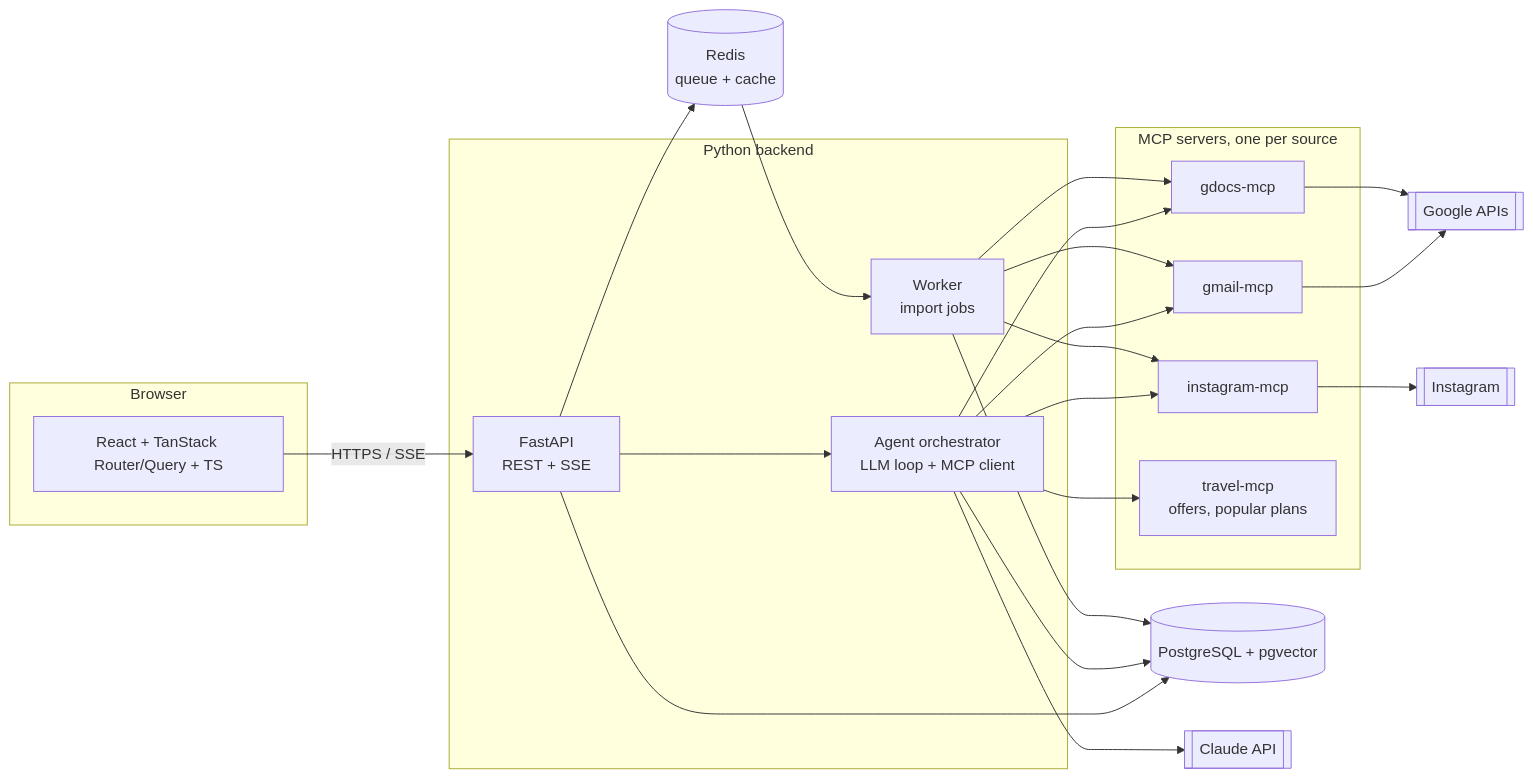
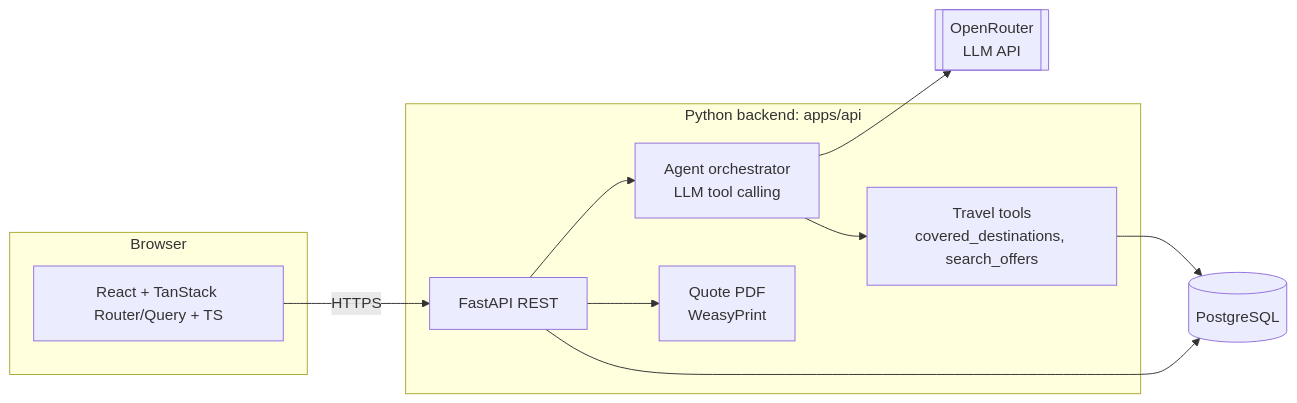
The first of 3 diagrams in docs/ARCHITECTURE.md (damnthonyy/Novoya), drawn with Mermaid before and after one commit. The commit also changed other lines of this file and 3 other files, not shown here.

First line of the commit message:
Architecture 0.3: GDPR scope, negotiated quotes, OpenRouter, 2-day sprints (#55)

````diff
--- a/docs/ARCHITECTURE.md
+++ b/docs/ARCHITECTURE.md
@@ -19,35 +40,23 @@
 ```mermaid
 flowchart LR
   subgraph Browser
     W[React + TanStack Router/Query + TS]
   end
 
-  subgraph Backend [Python backend]
-    API[FastAPI<br/>REST + SSE]
-    AG[Agent orchestrator<br/>LLM loop + MCP client]
-    WK[Worker<br/>import jobs]
+  subgraph Backend [Python backend: apps/api]
+    API[FastAPI REST]
+    AG[Agent orchestrator<br/>LLM tool calling]
+    TL[Travel tools<br/>covered_destinations, search_offers]
+    PDF[Quote PDF<br/>WeasyPrint]
   end
 
-  subgraph MCP [MCP servers, one per source]
-    MG[gmail-mcp]
-    MD[gdocs-mcp]
-    MI[instagram-mcp]
-    MT[travel-mcp<br/>offers, popular plans]
-  end
+  DB[(PostgreSQL)]
+  LLM[[OpenRouter<br/>LLM API]]
 
-  DB[(PostgreSQL + pgvector)]
-  RQ[(Redis<br/>queue + cache)]
-  LLM[[Claude API]]
-  G[[Google APIs]]
-  IG[[Instagram]]
-
-  W -- HTTPS / SSE --> API
+  W -- HTTPS --> API
   API --> AG
-  API --> RQ --> WK
   AG --> LLM
-  AG --> MG & MD & MI & MT
-  WK --> MG & MD & MI
-  MG & MD --> G
-  MI --> IG
-  API & AG & WK --> DB
+  AG --> TL --> DB
+  API --> PDF
+  API --> DB
 ```
````
